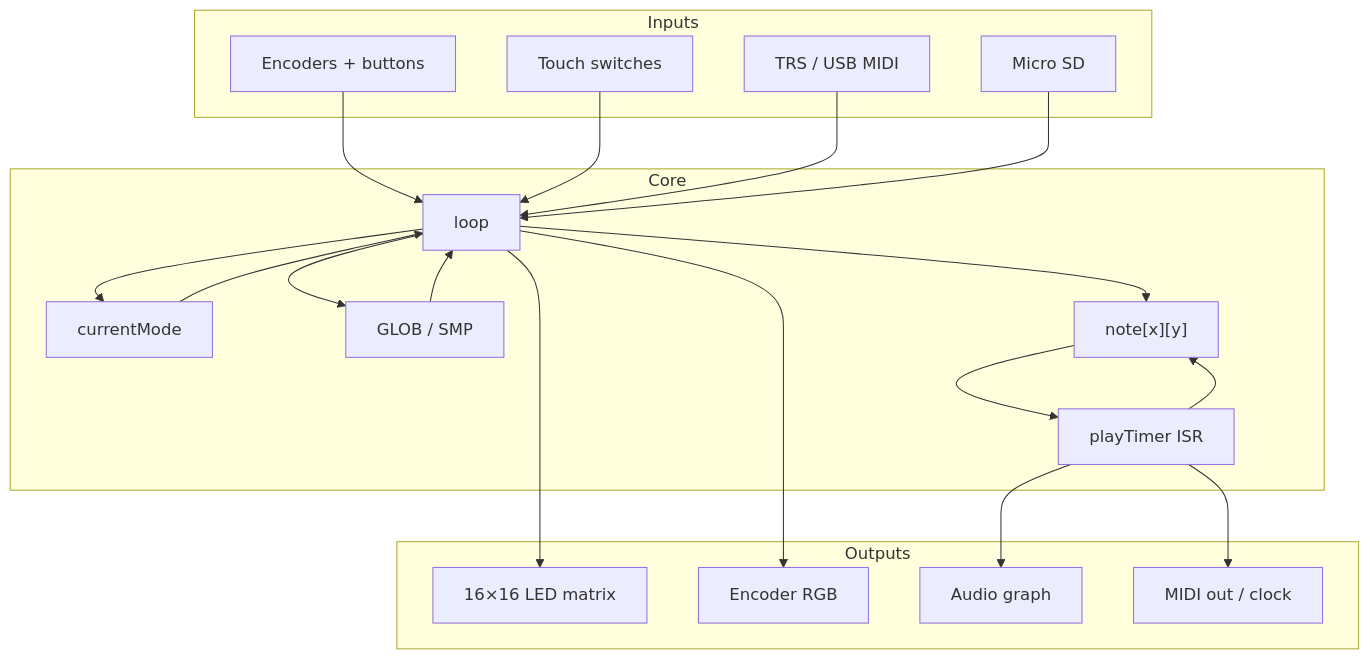
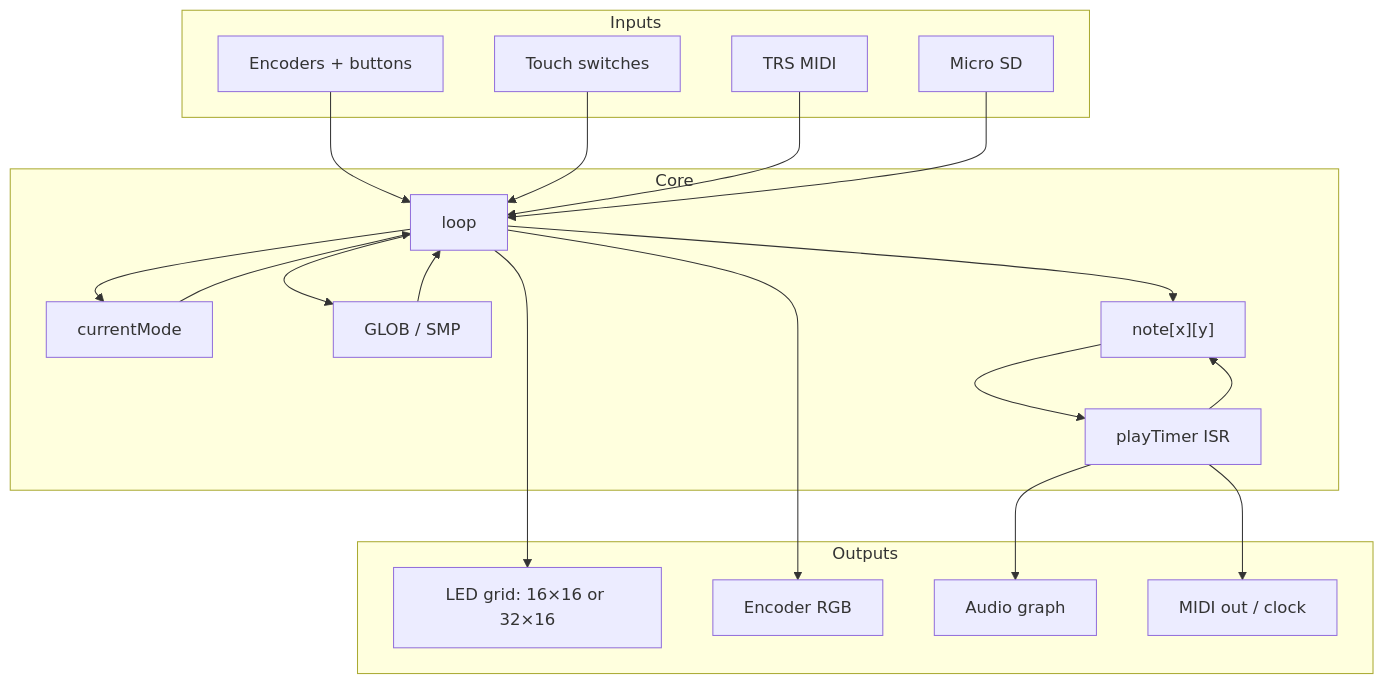
Before and after one commit to Soundpauli/toern: the diagram in devdocs/docs/architecture/overview.md, drawn with Mermaid. The commit also changed other lines of this file and 78 other files, not shown here.

````diff
--- a/devdocs/docs/architecture/overview.md
+++ b/devdocs/docs/architecture/overview.md
@@ -11,40 +11,40 @@
 ```mermaid
 flowchart TB
   subgraph inputs [Inputs]
     ENC[Encoders + buttons]
     TOUCH[Touch switches]
-    MIDI_IN[TRS / USB MIDI]
+    MIDI_IN[TRS MIDI]
     SD[Micro SD]
   end
 
   subgraph core [Core]
     MODE[currentMode]
     GLOB[GLOB / SMP]
     NOTE["note[x][y]"]
     LOOP[loop]
     ISR[playTimer ISR]
   end
 
   subgraph out [Outputs]
-    LED[16×16 LED matrix]
+    LED[LED grid: 16×16 or 32×16]
     ENCLED[Encoder RGB]
     AUDIO[Audio graph]
     MIDI_OUT[MIDI out / clock]
   end
 
   ENC --> LOOP
   TOUCH --> LOOP
   MIDI_IN --> LOOP
   SD --> LOOP
   LOOP --> MODE
   LOOP --> GLOB
   LOOP --> NOTE
   LOOP --> LED
   LOOP --> ENCLED
   ISR --> NOTE
   ISR --> AUDIO
   ISR --> MIDI_OUT
   MODE --> LOOP
   GLOB --> LOOP
   NOTE --> ISR
 ```
````
